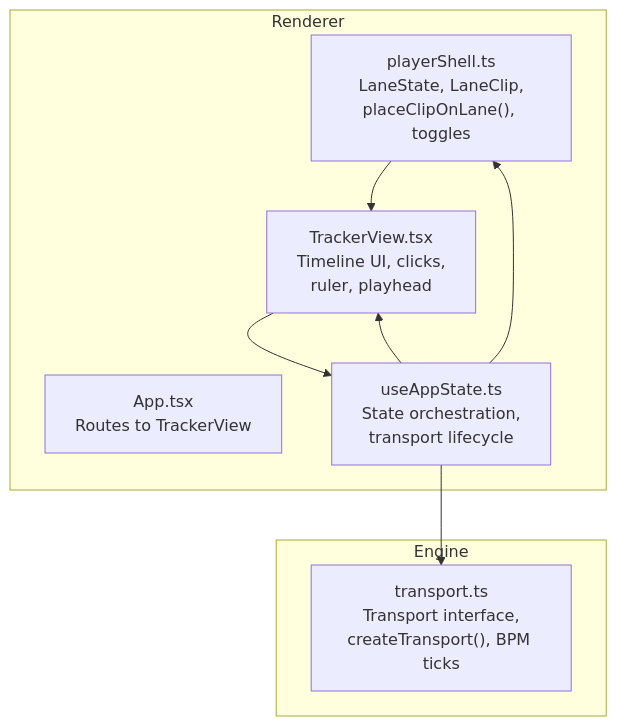
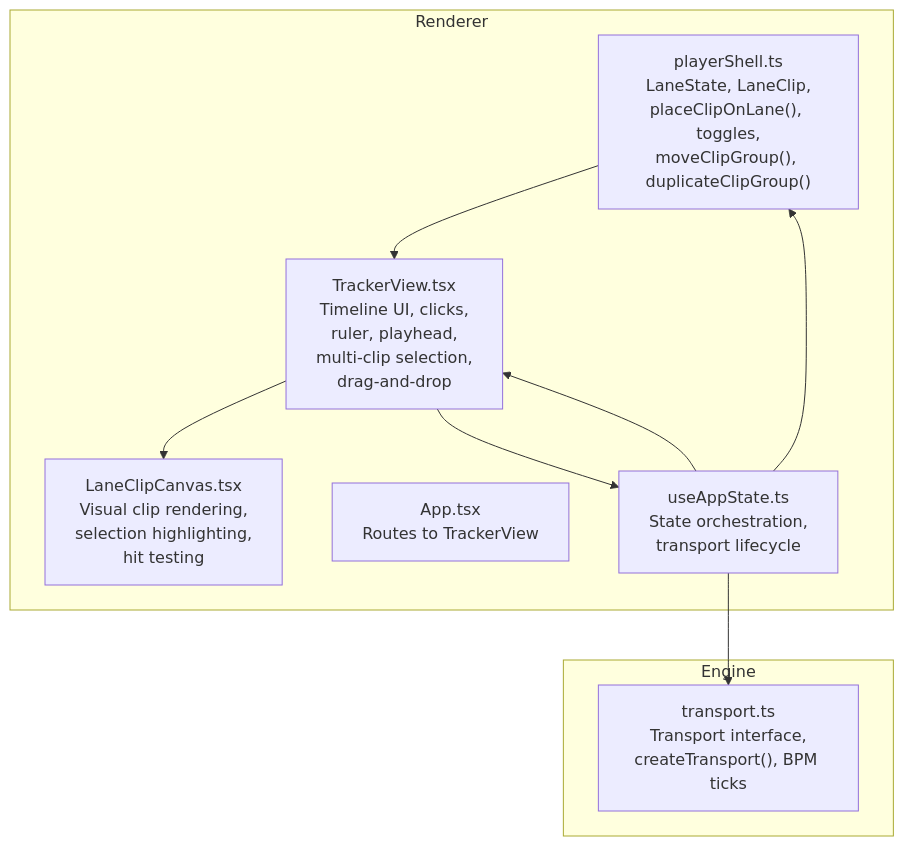
The first of 11 diagrams in .qoder/repowiki/en/content/Audio Engine/Player Shell.md (satyrlord/mixjam-electron), drawn with Mermaid before and after one commit. The commit also changed other lines of this file and 5 other files, not shown here.

Commit message:
docs: update wiki to reflect multi-clip selection, group operations, and dev guideline changes

````diff
--- a/.qoder/repowiki/en/content/Audio Engine/Player Shell.md
+++ b/.qoder/repowiki/en/content/Audio Engine/Player Shell.md
@@ -38,17 +50,19 @@
 ```mermaid
 graph TB
 subgraph "Renderer"
-PS["playerShell.ts<br/>LaneState, LaneClip,<br/>placeClipOnLane(), toggles"]
-TRK["TrackerView.tsx<br/>Timeline UI, clicks,<br/>ruler, playhead"]
+PS["playerShell.ts<br/>LaneState, LaneClip,<br/>placeClipOnLane(), toggles,<br/>moveClipGroup(), duplicateClipGroup()"]
+TRK["TrackerView.tsx<br/>Timeline UI, clicks,<br/>ruler, playhead,<br/>multi-clip selection,<br/>drag-and-drop"]
+LC["LaneClipCanvas.tsx<br/>Visual clip rendering,<br/>selection highlighting,<br/>hit testing"]
 APP["App.tsx<br/>Routes to TrackerView"]
 HOOK["useAppState.ts<br/>State orchestration,<br/>transport lifecycle"]
 end
 subgraph "Engine"
 TPT["transport.ts<br/>Transport interface,<br/>createTransport(), BPM ticks"]
 end
 PS --> TRK
 HOOK --> TRK
 HOOK --> PS
 HOOK --> TPT
+TRK --> LC
 TRK --> HOOK
 ```
````
